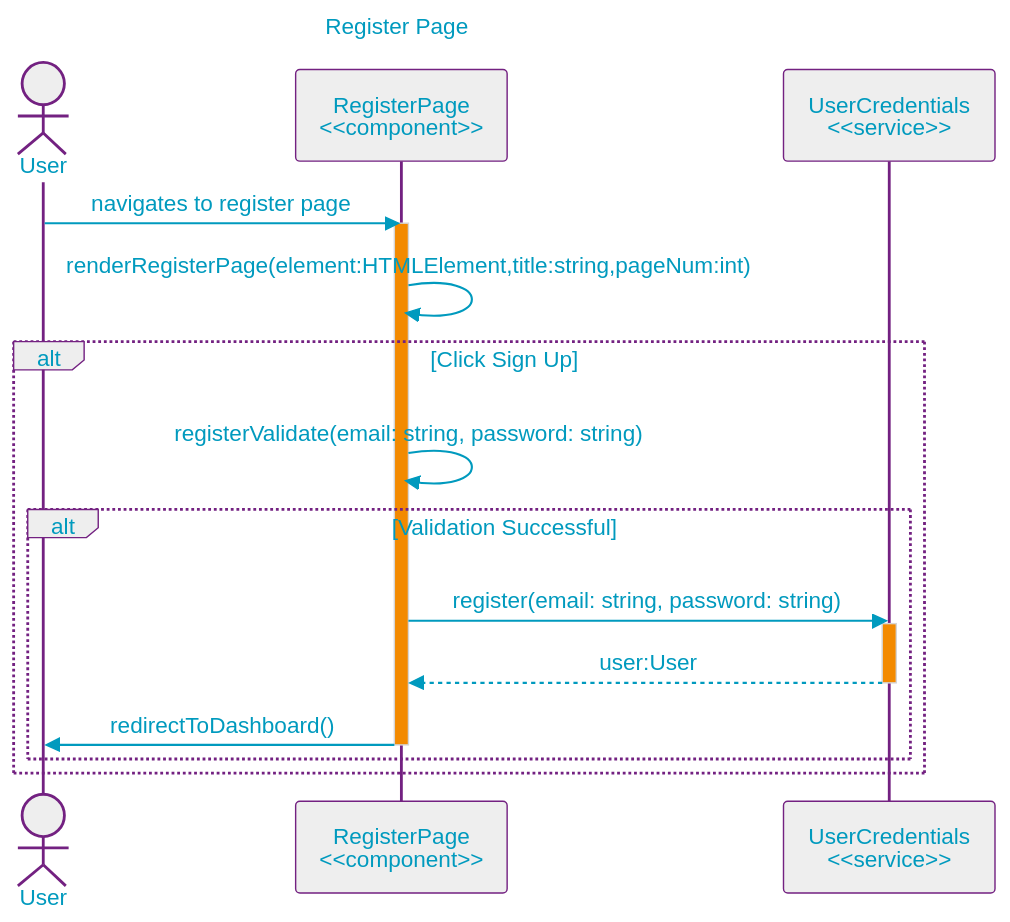
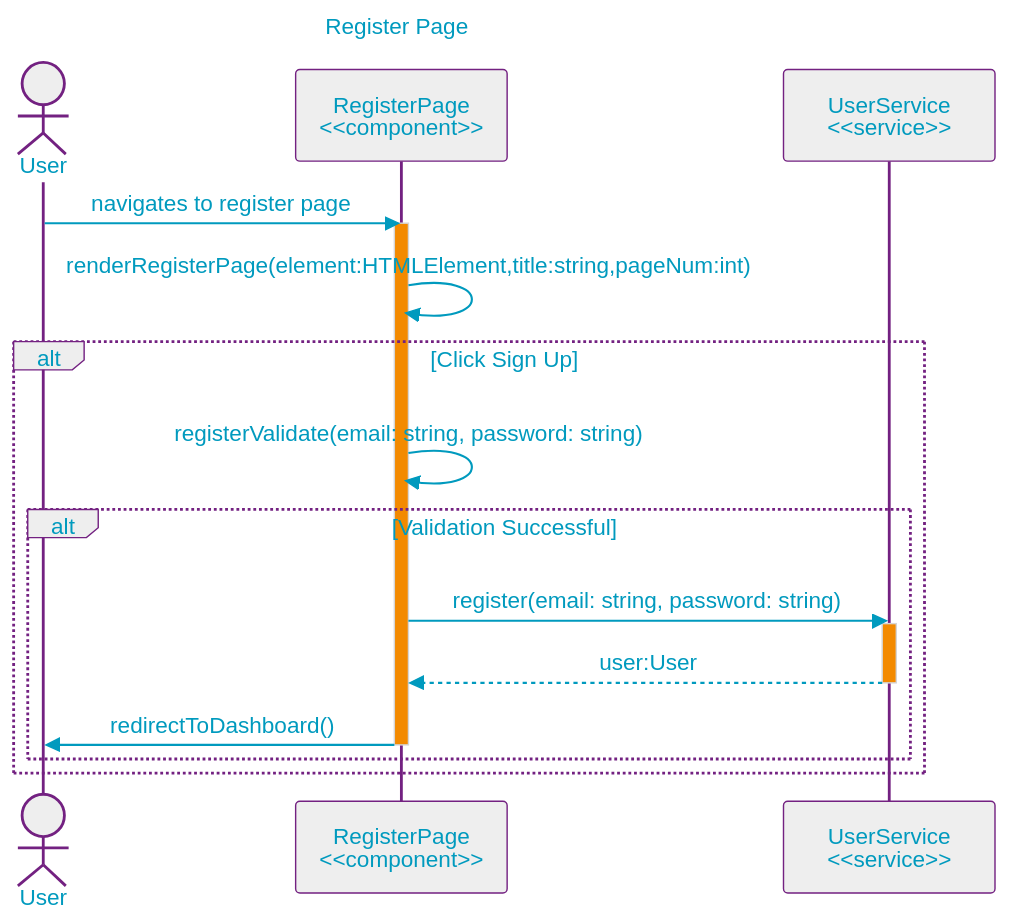
One commit to null-0ne/COSA-195-Gamehub changed the diagram in uml/seq-register-page.md. Above: the diagram before and after it, drawn with Mermaid. The commit also changed 8 other files, not shown here.

Commit message:
Finished e2e tests for long-page and register-page, Updated user-credentials.js to user-service.js and refactored all respective calls to the service, updated retrieveLogin and register function in user-service, moved registerValidation function from user-service.js to register-page.js

````diff
--- a/uml/seq-register-page.md
+++ b/uml/seq-register-page.md
@@ -3,39 +3,39 @@
 ```mermaid
 %%{init:{"securityLevel":"loose","layout":"elk","elk":{"nodePlacementStrategy":"NETWORK_SIMPLEX"},"theme":"base",
 "themeVariables":{"primaryColor":"#EEE","primaryTextColor":"#009ABE","primaryBorderColor":"#732181","lineColor":"#009ABE","noteBorderColor":"#732181","noteBkgColor":"#F38A00","activationBkgColor":"#F38A00"    }
 }}%%
 %%----------------------- MERMAID MARKUP BELOW --------------------%%
 
 
 sequenceDiagram
 title: Register Page
 
     actor u as User
     participant r as RegisterPage<br><<component>>
-    participant c as UserCredentials<br><<service>> 
+    participant c as UserService<br><<service>> 
     
 
     u->>r: navigates to register page
     activate r
     r->>r: renderRegisterPage(element:HTMLElement,title:string,pageNum:int)
     alt Click Sign Up
         r->>r: registerValidate(email: string, password: string)
         alt Validation Successful
             r->>c: register(email: string, password: string)
         activate c
             c-->>r: user:User
         deactivate c
             r->>u: redirectToDashboard()
             
     deactivate r
             
         
         end
     end
     
 
 
 
 
 %%----------------------- MERMAID MARKUP ABOVE --------------------%%
 ```
````
